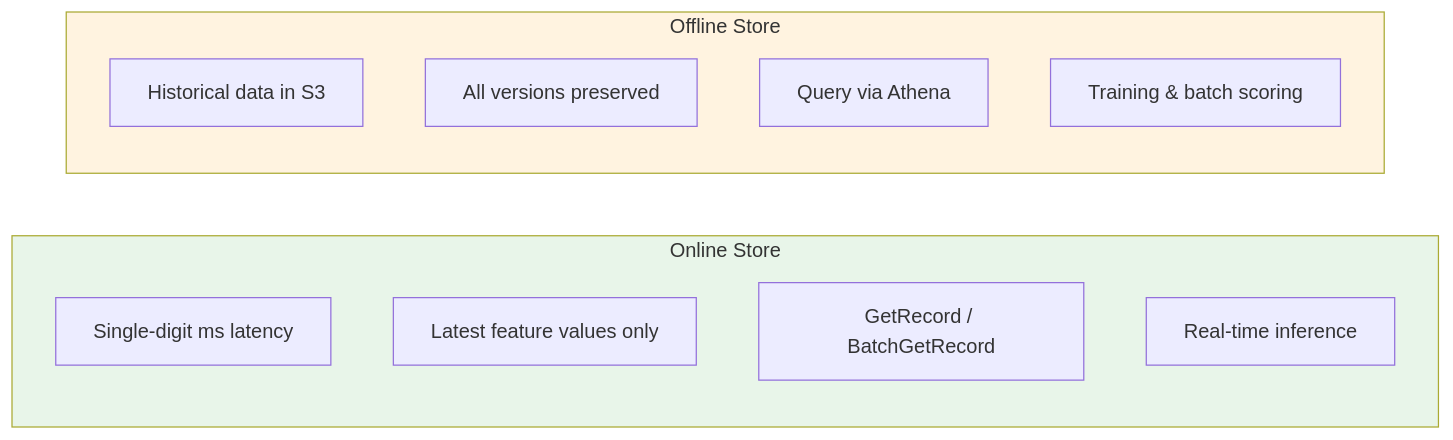
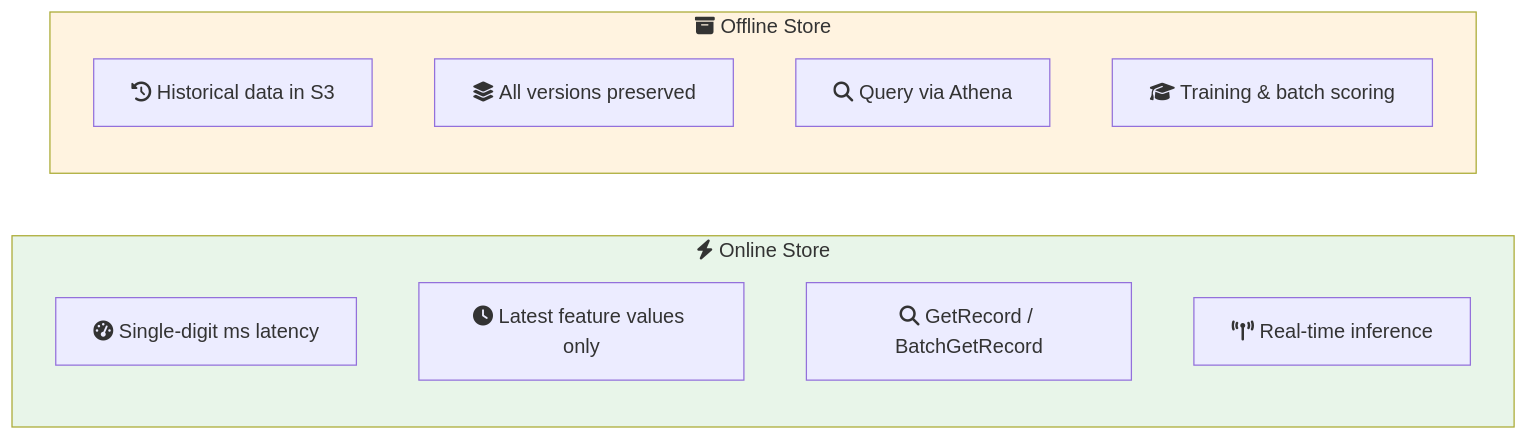
One commit to vinu76jsr/aws-sample-projects changed the second of 3 diagrams in aws-ml-associate-prep/04-feature-store/LAB.md. Above: the diagram before and after it, drawn with Mermaid. The commit also changed other lines of this file and 15 other files, not shown here.

First line of the commit message:
Add Font Awesome icons to all Mermaid diagrams

````diff
--- a/aws-ml-associate-prep/04-feature-store/LAB.md
+++ b/aws-ml-associate-prep/04-feature-store/LAB.md
@@ -56,19 +56,19 @@
 ```mermaid
 flowchart LR
-    subgraph OnlineStore["Online Store"]
-        O1[Single-digit ms latency]
-        O2[Latest feature values only]
-        O3[GetRecord / BatchGetRecord]
-        O4[Real-time inference]
+    subgraph OnlineStore["fa:fa-bolt Online Store"]
+        O1[fa:fa-tachometer-alt Single-digit ms latency]
+        O2[fa:fa-clock Latest feature values only]
+        O3[fa:fa-search GetRecord / BatchGetRecord]
+        O4[fa:fa-broadcast-tower Real-time inference]
     end
 
-    subgraph OfflineStore["Offline Store"]
-        F1[Historical data in S3]
-        F2[All versions preserved]
-        F3[Query via Athena]
-        F4[Training & batch scoring]
+    subgraph OfflineStore["fa:fa-archive Offline Store"]
+        F1[fa:fa-history Historical data in S3]
+        F2[fa:fa-layer-group All versions preserved]
+        F3[fa:fa-search Query via Athena]
+        F4[fa:fa-graduation-cap Training & batch scoring]
     end
 
     style OnlineStore fill:#e8f5e9
     style OfflineStore fill:#fff3e0
 ```
````
